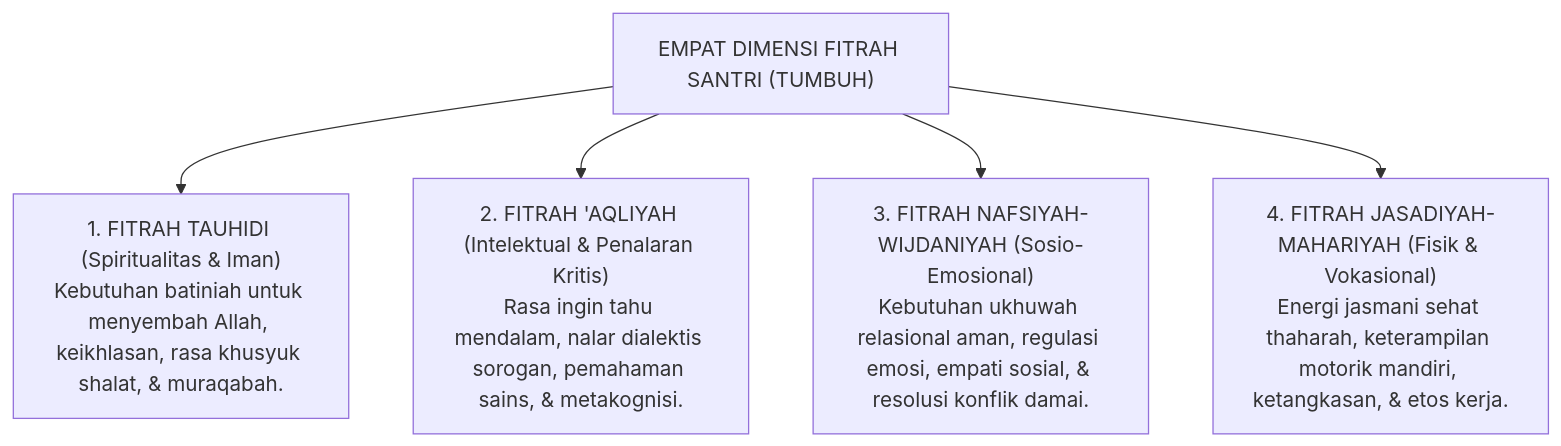
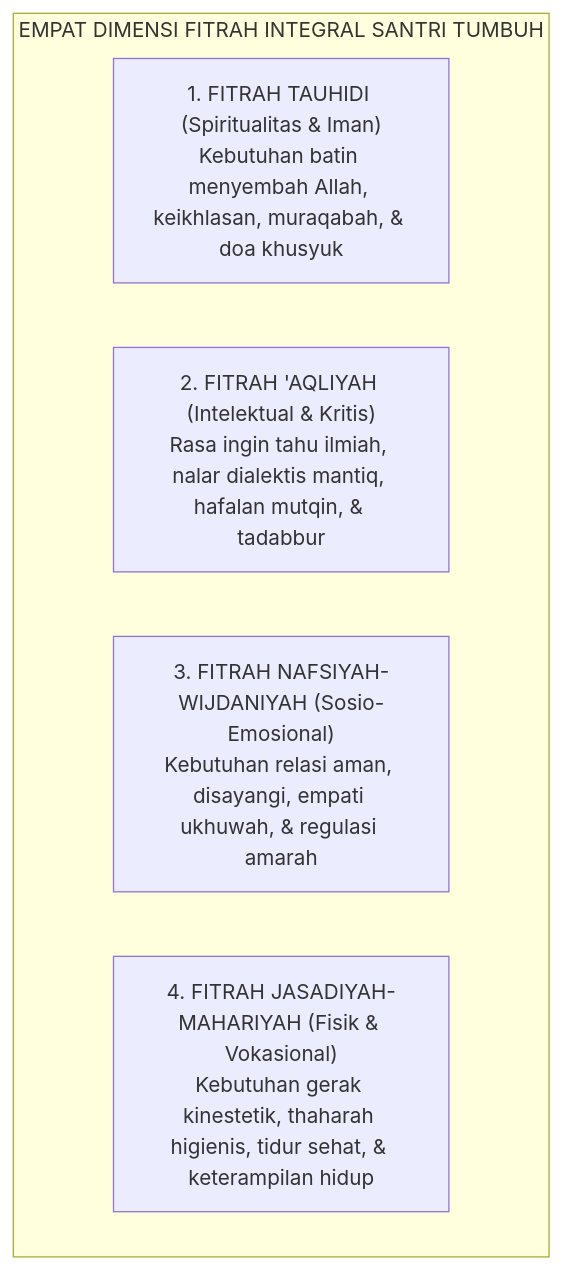
Before and after one commit to wandiapriliyandi/tumbuh: the sixth of 9 diagrams in 01 Philosophy/02 Human Nature/P1-02-01-Hakikat-Fitrah.md, drawn with Mermaid. The commit also changed other lines of this file and 6 other files, not shown here.

````diff
--- a/01 Philosophy/02 Human Nature/P1-02-01-Hakikat-Fitrah.md
+++ b/01 Philosophy/02 Human Nature/P1-02-01-Hakikat-Fitrah.md
@@ -104,12 +284,12 @@
 ```mermaid
 graph TD
-    FitrahMaster["EMPAT DIMENSI FITRAH SANTRI (TUMBUH)"]
-    
-    FitrahMaster --> D1["1. FITRAH TAUHIDI (Spiritualitas & Iman)<br/>Kebutuhan batiniah untuk menyembah Allah, keikhlasan, rasa khusyuk shalat, & muraqabah."]
-    
-    FitrahMaster --> D2["2. FITRAH 'AQLIYAH (Intelektual & Penalaran Kritis)<br/>Rasa ingin tahu mendalam, nalar dialektis sorogan, pemahaman sains, & metakognisi."]
-    
-    FitrahMaster --> D3["3. FITRAH NAFSIYAH-WIJDANIYAH (Sosio-Emosional)<br/>Kebutuhan ukhuwah relasional aman, regulasi emosi, empati sosial, & resolusi konflik damai."]
-    
-    FitrahMaster --> D4["4. FITRAH JASADIYAH-MAHARIYAH (Fisik & Vokasional)<br/>Energi jasmani sehat thaharah, keterampilan motorik mandiri, ketangkasan, & etos kerja."]
+    subgraph EmpatDimensiFitrahSantri["EMPAT DIMENSI FITRAH INTEGRAL SANTRI TUMBUH"]
+        D1["1. FITRAH TAUHIDI (Spiritualitas & Iman)<br/>Kebutuhan batin menyembah Allah, keikhlasan, muraqabah, & doa khusyuk"]
+        
+        D2["2. FITRAH 'AQLIYAH (Intelektual & Kritis)<br/>Rasa ingin tahu ilmiah, nalar dialektis mantiq, hafalan mutqin, & tadabbur"]
+        
+        D3["3. FITRAH NAFSIYAH-WIJDANIYAH (Sosio-Emosional)<br/>Kebutuhan relasi aman, disayangi, empati ukhuwah, & regulasi amarah"]
+        
+        D4["4. FITRAH JASADIYAH-MAHARIYAH (Fisik & Vokasional)<br/>Kebutuhan gerak kinestetik, thaharah higienis, tidur sehat, & keterampilan hidup"]
+    end
 ```
````
